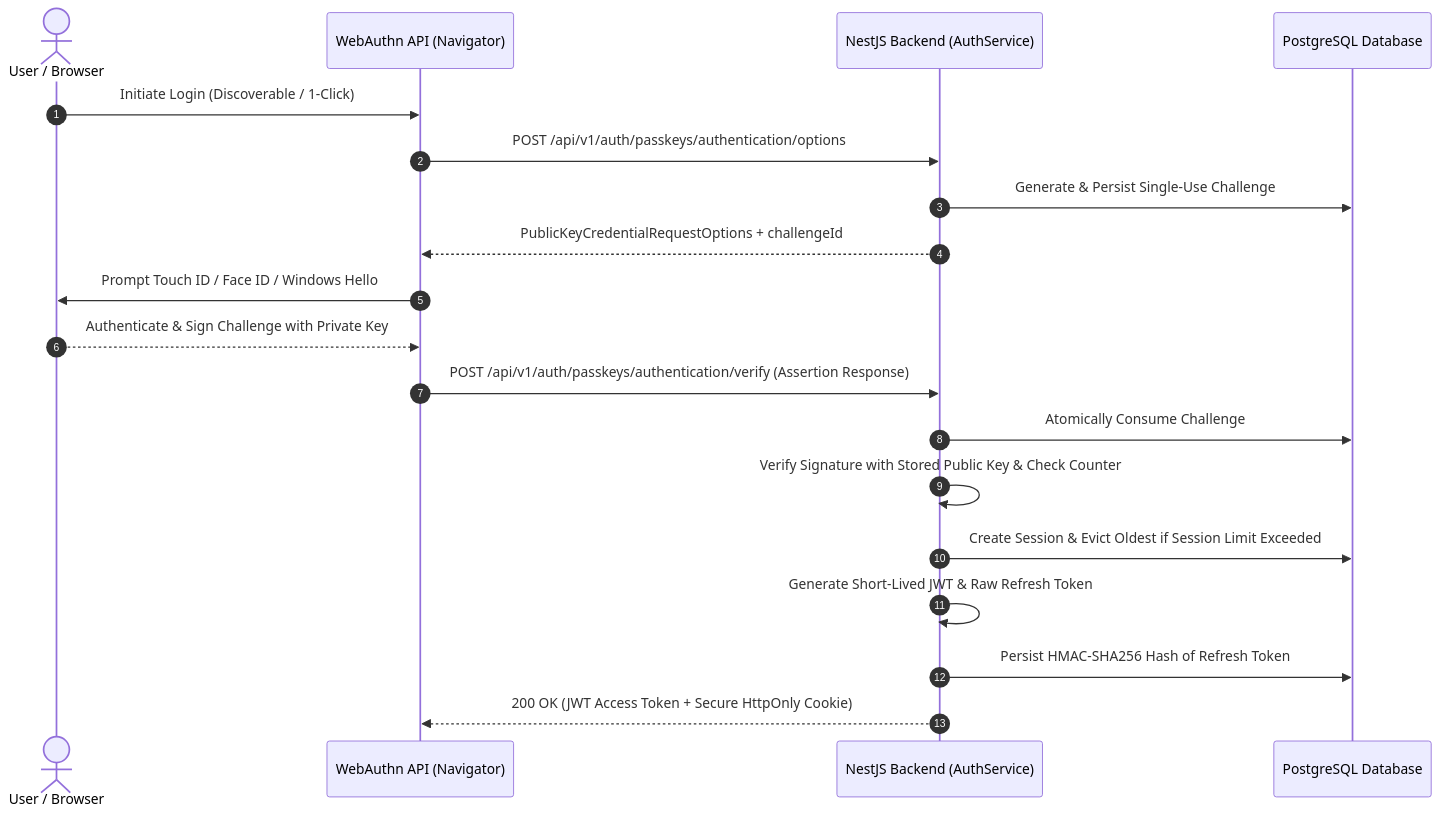
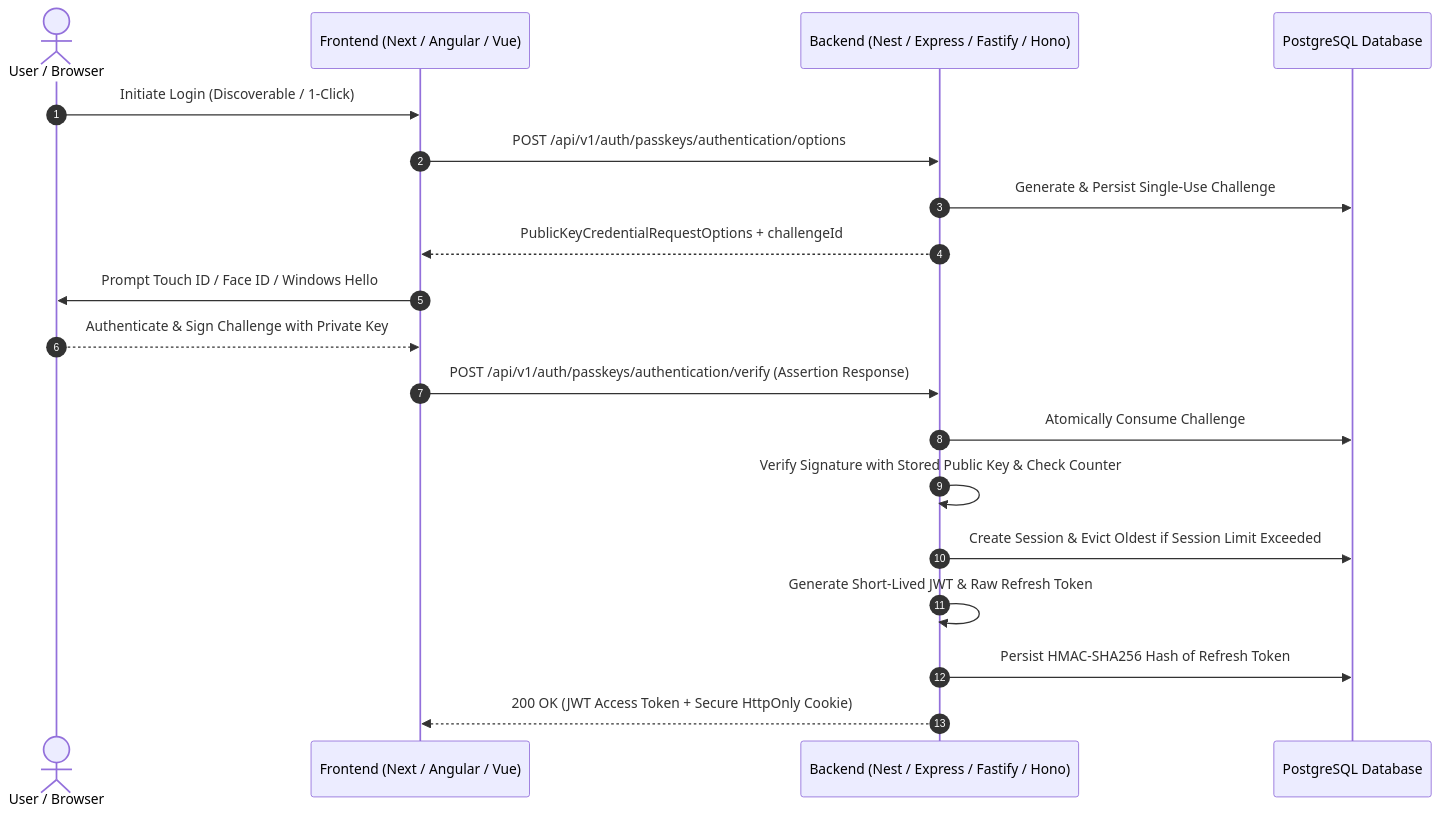
Before and after one commit to TechnologicalJerry/passkey-authentication-system: the second of 4 diagrams in README.md, drawn with Mermaid. The commit also changed other lines of this file, not shown here.

First line of the commit message:
docs: update root README with multi-framework architecture matrix

````diff
--- a/README.md
+++ b/README.md
@@ -105,22 +135,22 @@
 ```mermaid
 sequenceDiagram
     autonumber
     actor User as User / Browser
-    participant Client as WebAuthn API (Navigator)
-    participant Auth as NestJS Backend (AuthService)
+    participant Client as Frontend (Next / Angular / Vue)
+    participant Auth as Backend (Nest / Express / Fastify / Hono)
     participant DB as PostgreSQL Database
 
     User->>Client: Initiate Login (Discoverable / 1-Click)
     Client->>Auth: POST /api/v1/auth/passkeys/authentication/options
     Auth->>DB: Generate & Persist Single-Use Challenge
     Auth-->>Client: PublicKeyCredentialRequestOptions + challengeId
     Client->>User: Prompt Touch ID / Face ID / Windows Hello
     User-->>Client: Authenticate & Sign Challenge with Private Key
     Client->>Auth: POST /api/v1/auth/passkeys/authentication/verify (Assertion Response)
     Auth->>DB: Atomically Consume Challenge
     Auth->>Auth: Verify Signature with Stored Public Key & Check Counter
     Auth->>DB: Create Session & Evict Oldest if Session Limit Exceeded
     Auth->>Auth: Generate Short-Lived JWT & Raw Refresh Token
     Auth->>DB: Persist HMAC-SHA256 Hash of Refresh Token
     Auth-->>Client: 200 OK (JWT Access Token + Secure HttpOnly Cookie)
 ```
````
